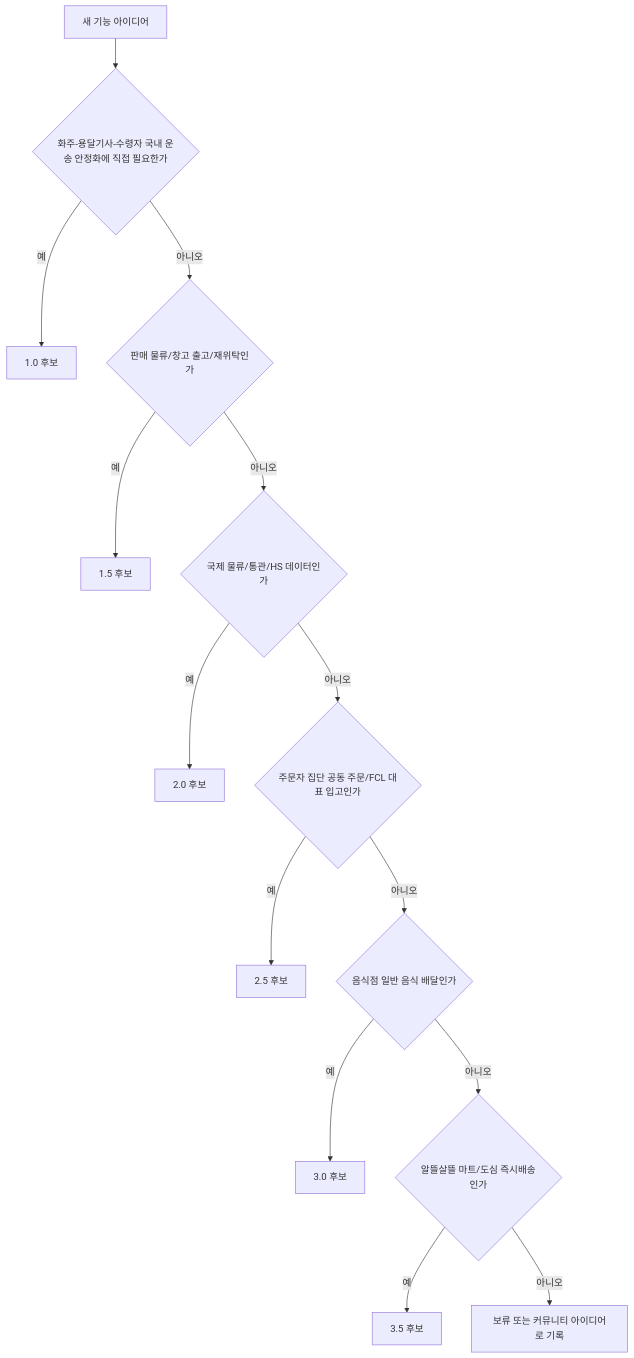
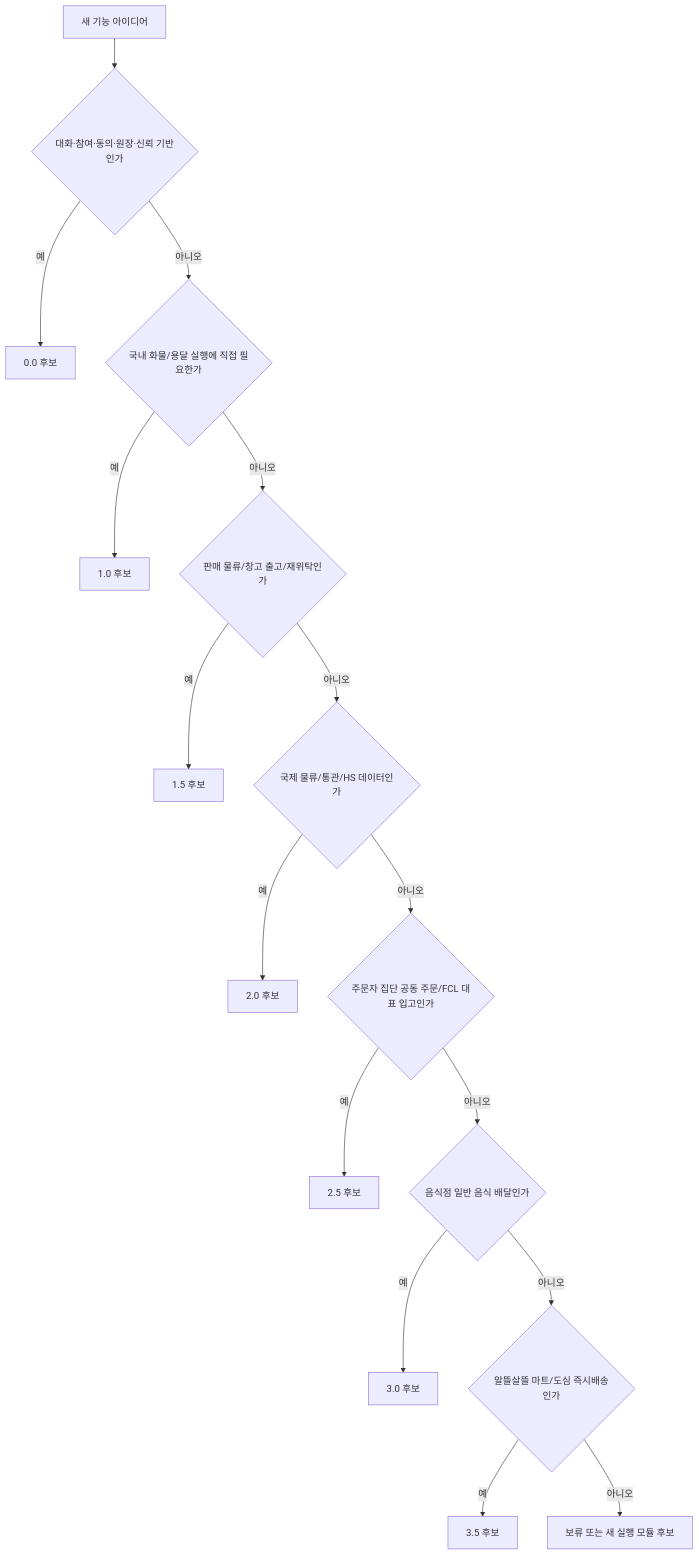
Before and after one commit to cheolwo/hongdal: the second of 2 diagrams in docs/ProjectOverview/version-roadmap.md, drawn with Mermaid. The commit also changed other lines of this file and 62 other files, not shown here.

````diff
--- a/docs/ProjectOverview/version-roadmap.md
+++ b/docs/ProjectOverview/version-roadmap.md
@@ -53,16 +67,18 @@
 ```mermaid
 flowchart TD
-    A["새 기능 아이디어"] --> B{"화주-용달기사-수령자 국내 운송 안정화에 직접 필요한가"}
+    A["새 기능 아이디어"] --> Z{"대화·참여·동의·원장·신뢰 기반인가"}
+    Z -->|예| V["0.0 후보"]
+    Z -->|아니오| B{"국내 화물/용달 실행에 직접 필요한가"}
     B -->|예| C["1.0 후보"]
     B -->|아니오| F{"판매 물류/창고 출고/재위탁인가"}
     F -->|예| G["1.5 후보"]
     F -->|아니오| D{"국제 물류/통관/HS 데이터인가"}
     D -->|예| E["2.0 후보"]
     D -->|아니오| O{"주문자 집단 공동 주문/FCL 대표 입고인가"}
     O -->|예| P["2.5 후보"]
     O -->|아니오| H{"음식점 일반 음식 배달인가"}
     H -->|예| L["3.0 후보"]
     H -->|아니오| R{"알뜰살뜰 마트/도심 즉시배송인가"}
     R -->|예| S["3.5 후보"]
-    R -->|아니오| M["보류 또는 커뮤니티 아이디어로 기록"]
+    R -->|아니오| M["보류 또는 새 실행 모듈 후보"]
 ```
````
